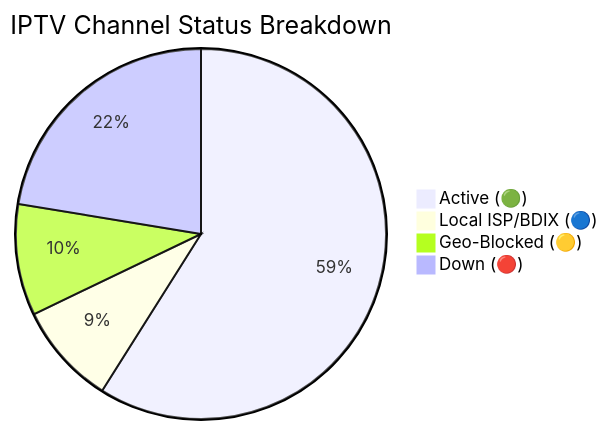
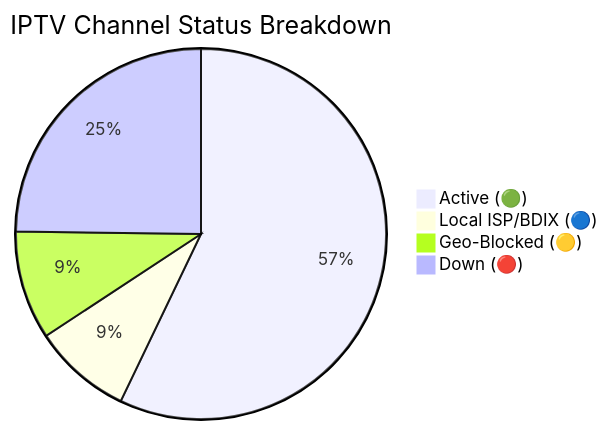
Before and after one commit to Zaman-Topu/Ip-tv-Collection: the diagram in README.md, drawn with Mermaid. The commit also changed other lines of this file and 6 other files, not shown here.

````diff
--- a/README.md
+++ b/README.md
@@ -149,7 +149,7 @@
 ```mermaid
 pie title IPTV Channel Status Breakdown
-    "Active (🟢)" : 10513
-    "Local ISP/BDIX (🔵)" : 1591
-    "Geo-Blocked (🟡)" : 1733
-    "Down (🔴)" : 3995
+    "Active (🟢)" : 10502
+    "Local ISP/BDIX (🔵)" : 1584
+    "Geo-Blocked (🟡)" : 1742
+    "Down (🔴)" : 4557
 ```
````
